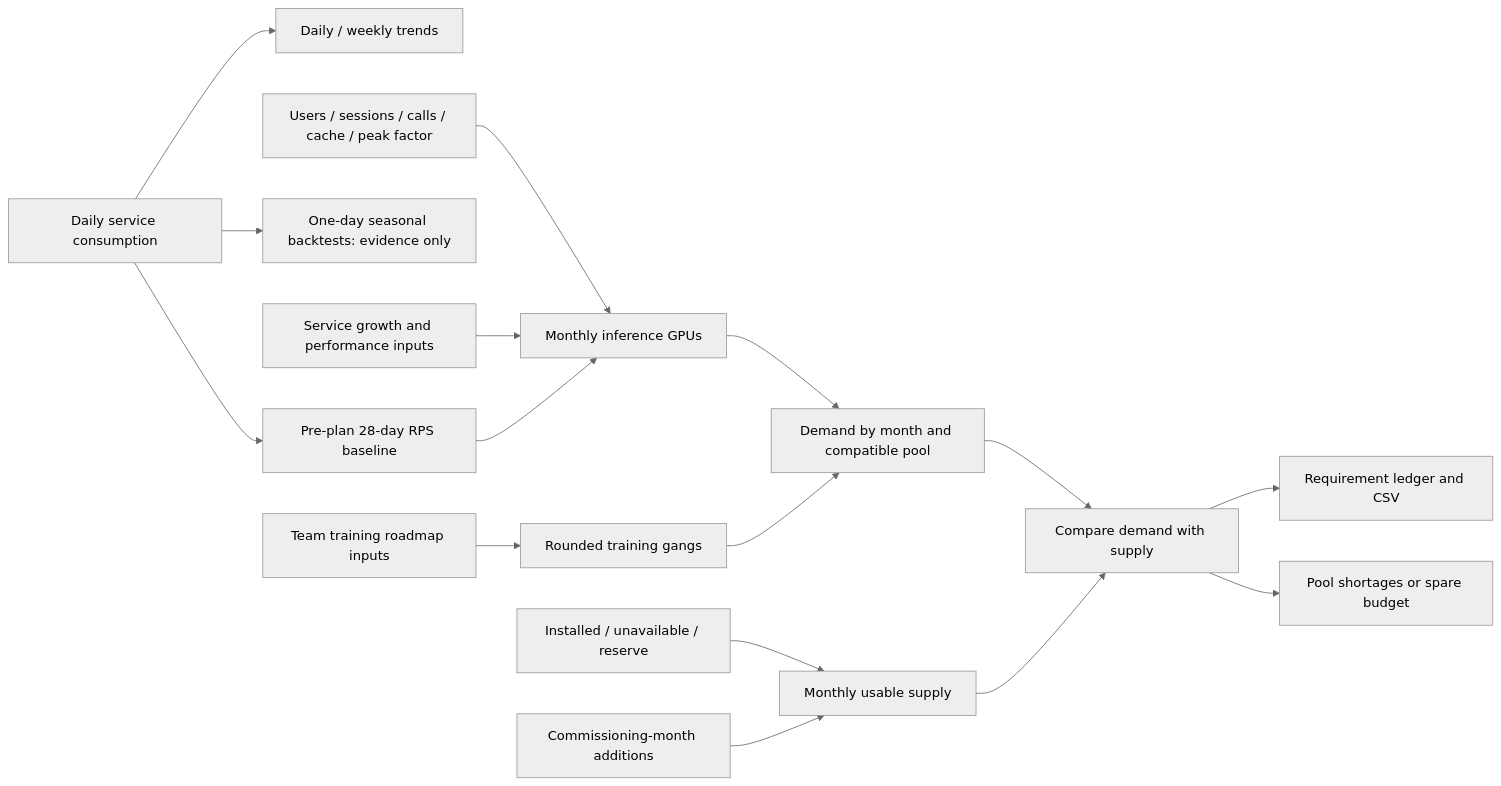
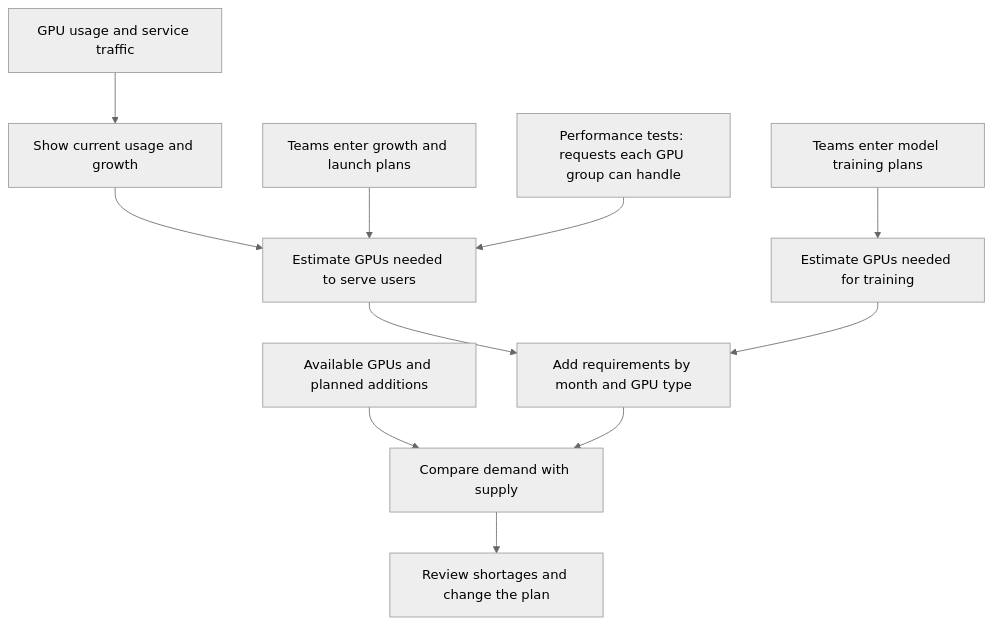
Before and after one commit to samimriaz/gpu-capacity-planner: the diagram in README.md, drawn with Mermaid (neutral theme). The commit also changed other lines of this file, not shown here.

````diff
--- a/README.md
+++ b/README.md
@@ -93,18 +36,13 @@
 ```mermaid
-flowchart LR
-    Records["Daily service consumption"] --> Trends["Daily / weekly trends"]
-    Records --> Baseline["Pre-plan 28-day RPS baseline"]
-    Records --> Backtests["One-day seasonal backtests: evidence only"]
-    Drivers["Users / sessions / calls / cache / peak factor"] --> Inference
-    Profiles["Service growth and performance inputs"] --> Inference["Monthly inference GPUs"]
-    Baseline --> Inference
-    Roadmap["Team training roadmap inputs"] --> Training["Rounded training gangs"]
-    Inference --> Demand["Demand by month and compatible pool"]
-    Training --> Demand
-    Inventory["Installed / unavailable / reserve"] --> Supply["Monthly usable supply"]
-    Additions["Commissioning-month additions"] --> Supply
-    Demand --> Compare["Compare demand with supply"]
-    Supply --> Compare
-    Compare --> Ledger["Requirement ledger and CSV"]
-    Compare --> Gaps["Pool shortages or spare budget"]
+flowchart TD
+    Usage["GPU usage and service traffic"] --> History["Show current usage and growth"]
+    History --> Serving["Estimate GPUs needed to serve users"]
+    Growth["Teams enter growth and launch plans"] --> Serving
+    Tests["Performance tests: requests each GPU group can handle"] --> Serving
+    Plans["Teams enter model training plans"] --> Training["Estimate GPUs needed for training"]
+    Serving --> Total["Add requirements by month and GPU type"]
+    Training --> Total
+    Inventory["Available GPUs and planned additions"] --> Compare["Compare demand with supply"]
+    Total --> Compare
+    Compare --> Review["Review shortages and change the plan"]
 ```
````
